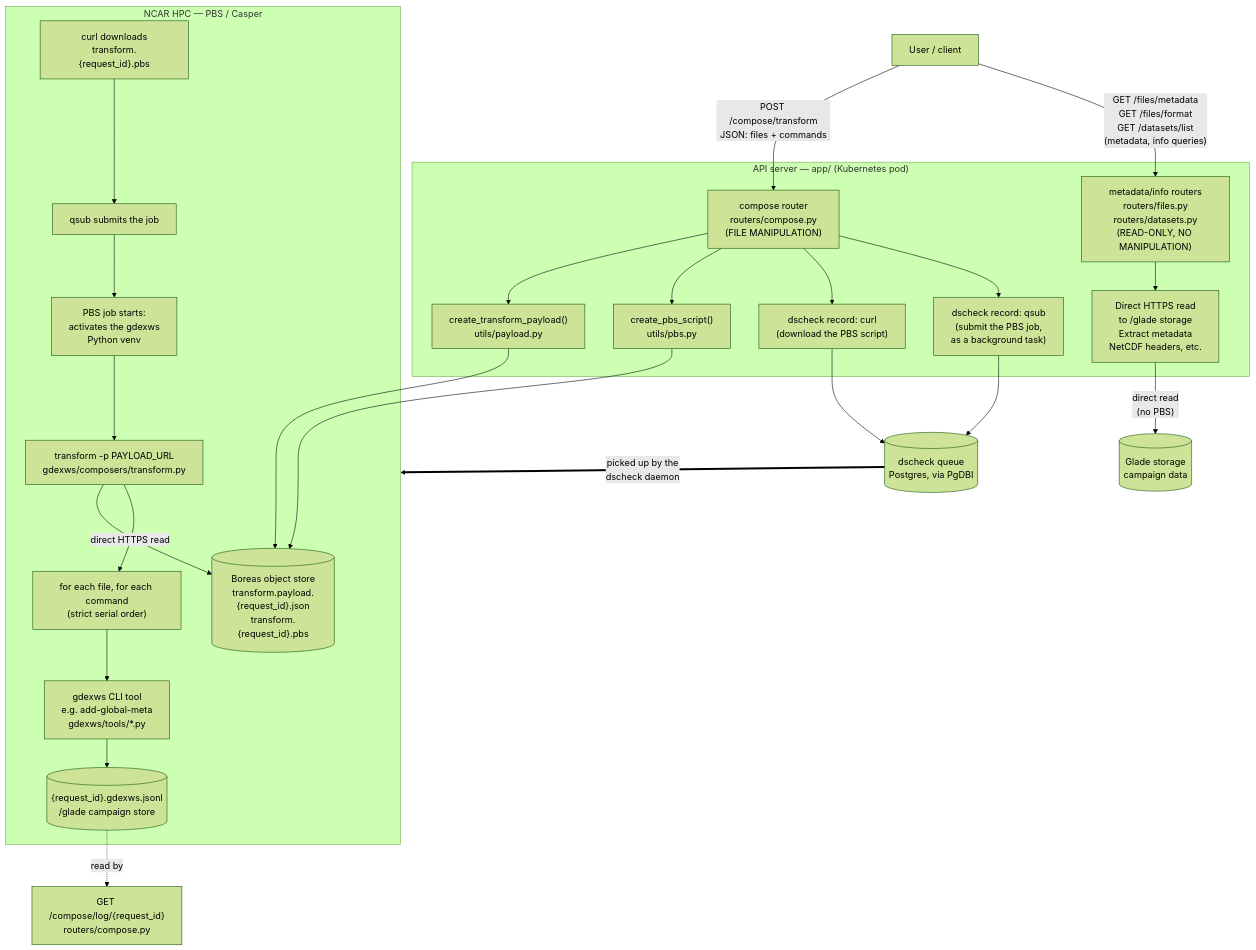
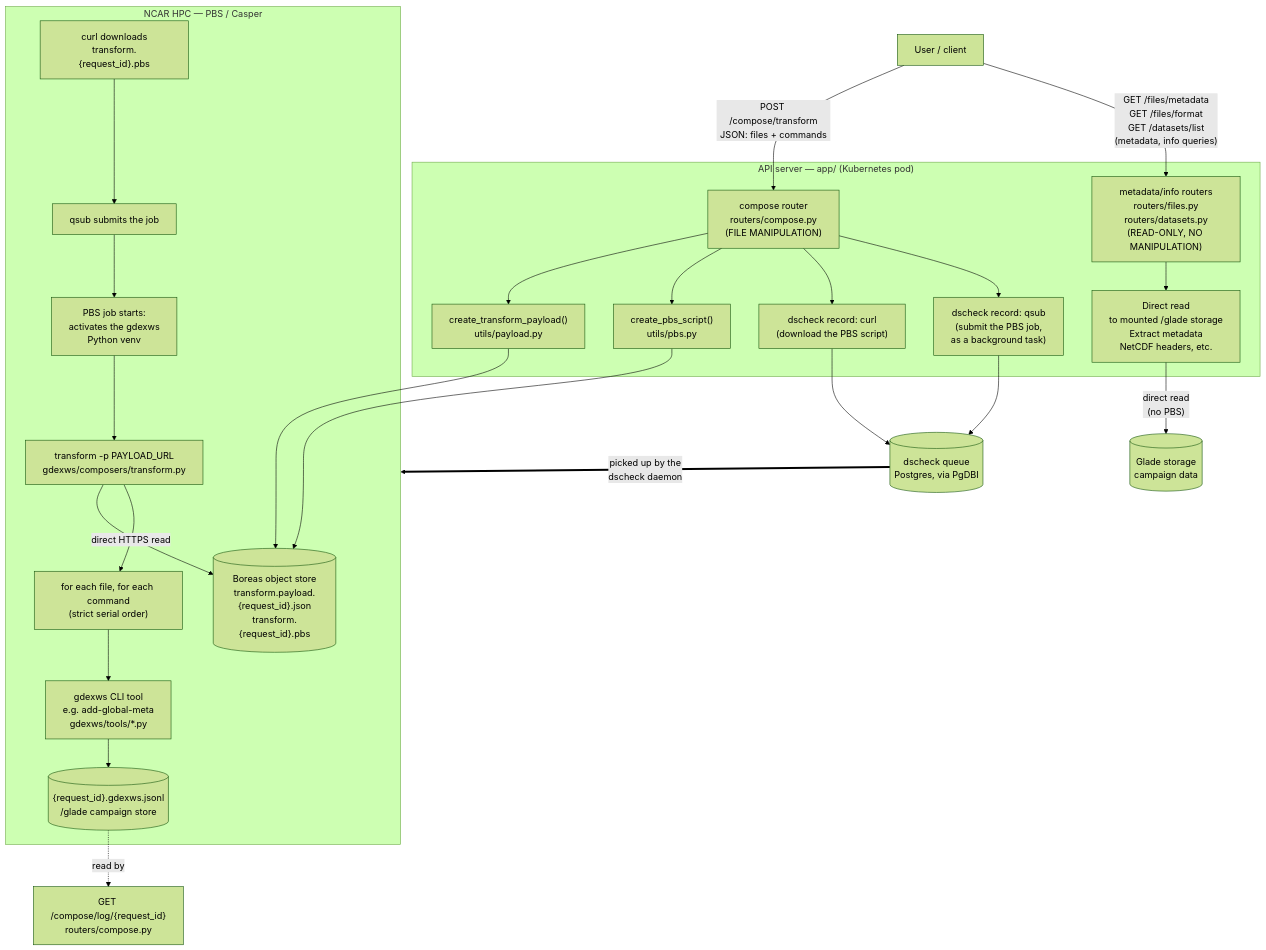
The diagram in ARCHITECTURE.md (NCAR/gdex-web-services), drawn with Mermaid (forest theme) before and after one commit.

Commit message:
fix glade mount info

````diff
--- a/ARCHITECTURE.md
+++ b/ARCHITECTURE.md
@@ -11,39 +11,39 @@
 ```mermaid
 flowchart TD
     U["User / client"] -->|"POST /compose/transform<br/>JSON: files + commands"| R
     U -->|"GET /files/metadata<br/>GET /files/format<br/>GET /datasets/list<br/>(metadata, info queries)"| META
 
     subgraph API["API server — app/ (Kubernetes pod)"]
         R["compose router<br/>routers/compose.py<br/>(FILE MANIPULATION)"]
         META["metadata/info routers<br/>routers/files.py<br/>routers/datasets.py<br/>(READ-ONLY, NO MANIPULATION)"]
         
         R --> PL["create_transform_payload()<br/>utils/payload.py"]
         R --> PB["create_pbs_script()<br/>utils/pbs.py"]
         R --> D1["dscheck record: curl<br/>(download the PBS script)"]
         R --> D2["dscheck record: qsub<br/>(submit the PBS job,<br/>as a background task)"]
         
-        META --> GLADE_READ["Direct HTTPS read<br/>to /glade storage<br/>Extract metadata<br/>NetCDF headers, etc."]
+        META --> GLADE_READ["Direct read<br/>to mounted /glade storage<br/>Extract metadata<br/>NetCDF headers, etc."]
     end
 
     PL --> BOREAS[("Boreas object store<br/>transform.payload.{request_id}.json<br/>transform.{request_id}.pbs")]
     PB --> BOREAS
 
     D1 --> Q[("dscheck queue<br/>Postgres, via PgDBI")]
     D2 --> Q
 
     Q ==>|"picked up by the<br/>dscheck daemon"| HPC
 
     GLADE_READ -->|"direct read<br/>(no PBS)"| GLADE[("Glade storage<br/>campaign data")]
     
     subgraph HPC["NCAR HPC — PBS / Casper"]
         C["curl downloads<br/>transform.{request_id}.pbs"] --> S["qsub submits the job"]
         S --> J["PBS job starts:<br/>activates the gdexws<br/>Python venv"]
         J --> T["transform -p PAYLOAD_URL<br/>gdexws/composers/transform.py"]
         T -->|"direct HTTPS read"| BOREAS
         T --> LOOP["for each file, for each command<br/>(strict serial order)"]
         LOOP --> TOOL["gdexws CLI tool<br/>e.g. add-global-meta<br/>gdexws/tools/*.py"]
         TOOL --> LOG[("{request_id}.gdexws.jsonl<br/>/glade campaign store")]
     end
 
     LOG -.->|"read by"| ST["GET /compose/log/{request_id}<br/>routers/compose.py"]
 ```
````
